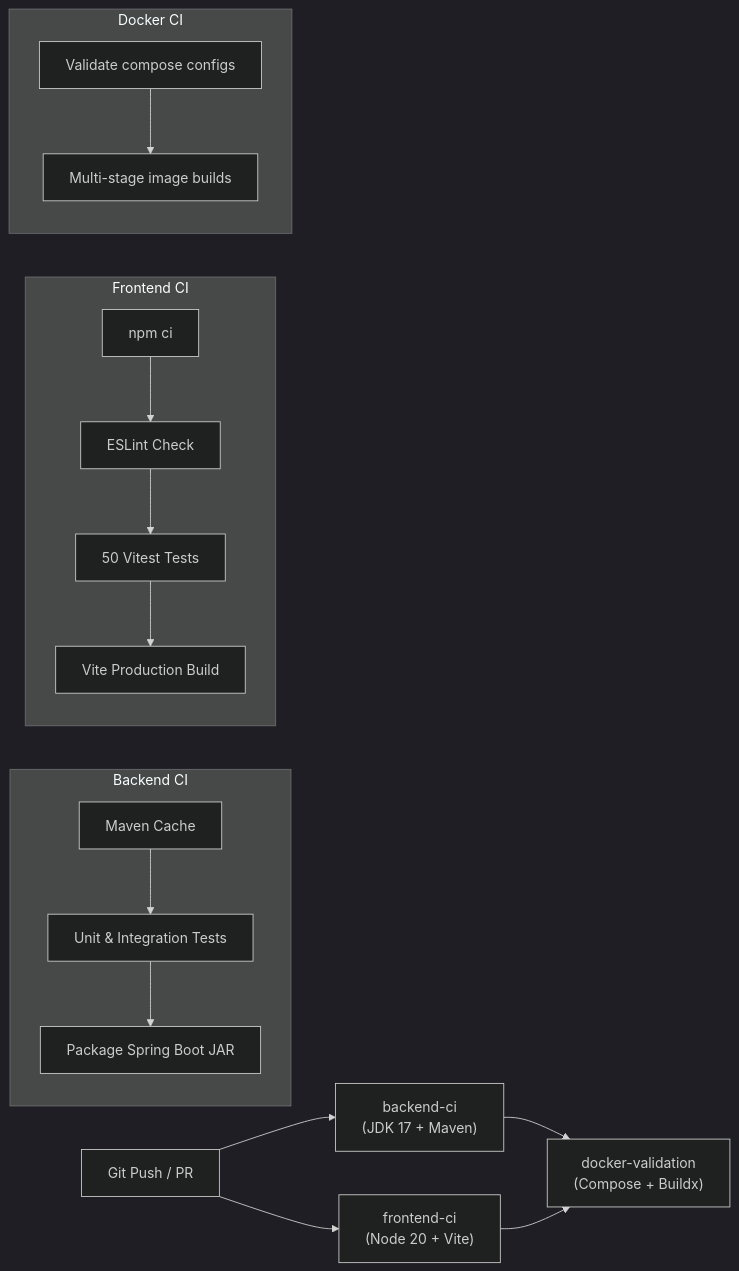
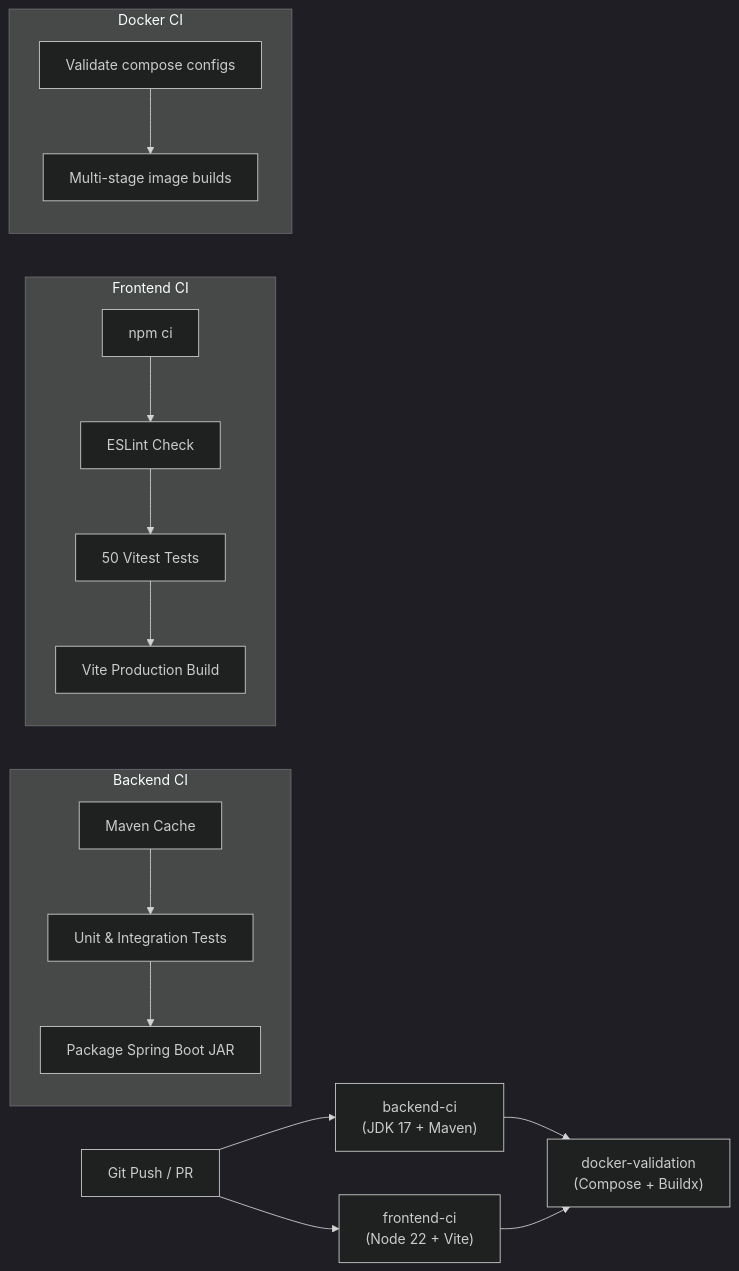
One commit to HarshadRawat/lifelink-blood-donor-system changed the diagram in README.md. Above: the diagram before and after it, drawn with Mermaid (dark theme). The commit also changed other lines of this file and 3 other files, not shown here.

Commit message:
fix(ci): upgrade frontend runner and Docker builder to Node 22 LTS to support modern decompression streams

````diff
--- a/README.md
+++ b/README.md
@@ -290,19 +290,19 @@
 ```mermaid
 flowchart LR
     A["Git Push / PR"] --> B["backend-ci\n(JDK 17 + Maven)"]
-    A --> C["frontend-ci\n(Node 20 + Vite)"]
+    A --> C["frontend-ci\n(Node 22 + Vite)"]
     B --> D["docker-validation\n(Compose + Buildx)"]
     C --> D
     
     subgraph B_details ["Backend CI"]
       b1["Maven Cache"] --> b2["Unit & Integration Tests"] --> b3["Package Spring Boot JAR"]
     end
     
     subgraph C_details ["Frontend CI"]
       c1["npm ci"] --> c2["ESLint Check"] --> c3["50 Vitest Tests"] --> c4["Vite Production Build"]
     end
     
     subgraph D_details ["Docker CI"]
       d1["Validate compose configs"] --> d2["Multi-stage image builds"]
     end
 ```
````
